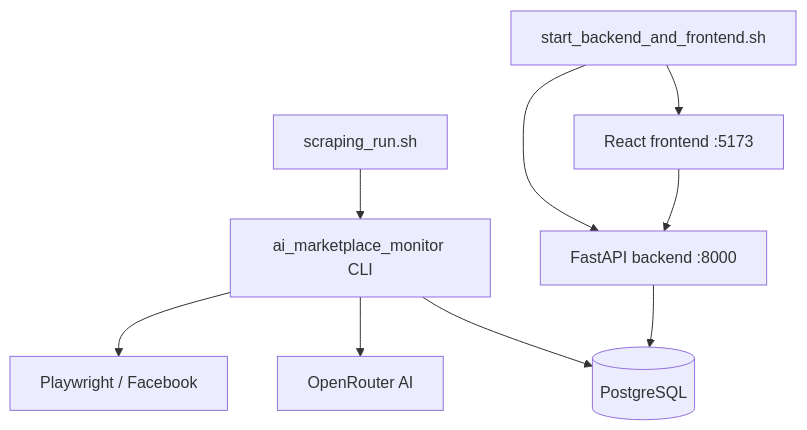
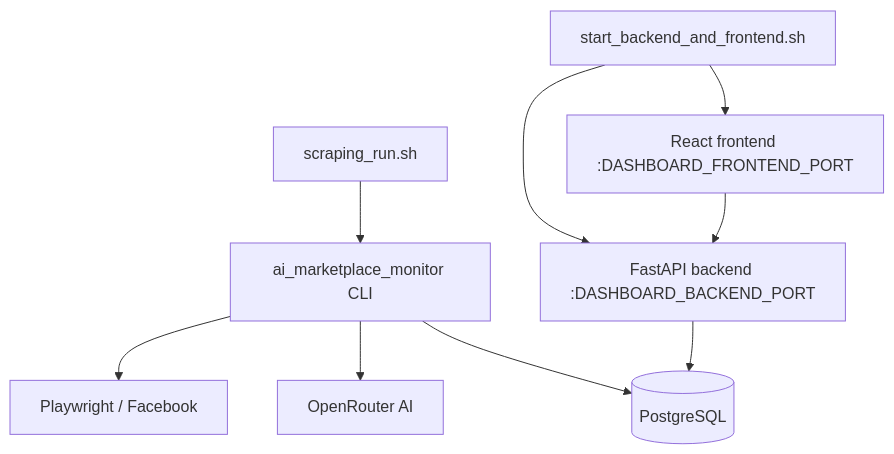
Before and after one commit to emilhja/fb_marketplace_ai_scan: the diagram in README.md, drawn with Mermaid. The commit also changed other lines of this file, not shown here.

Commit message:
feat: add pre-push verification script and update documentation for interactive login process

````diff
--- a/README.md
+++ b/README.md
@@ -24,11 +24,11 @@
 ```mermaid
 graph TD
     A[scraping_run.sh] --> B[ai_marketplace_monitor CLI]
     B --> C[Playwright / Facebook]
     B --> D[OpenRouter AI]
     B --> E[(PostgreSQL)]
-    F[start_backend_and_frontend.sh] --> G[FastAPI backend :8000]
-    F --> H[React frontend :5173]
+    F[start_backend_and_frontend.sh] --> G[FastAPI backend :DASHBOARD_BACKEND_PORT]
+    F --> H[React frontend :DASHBOARD_FRONTEND_PORT]
     G --> E
     H --> G
 ```
````
